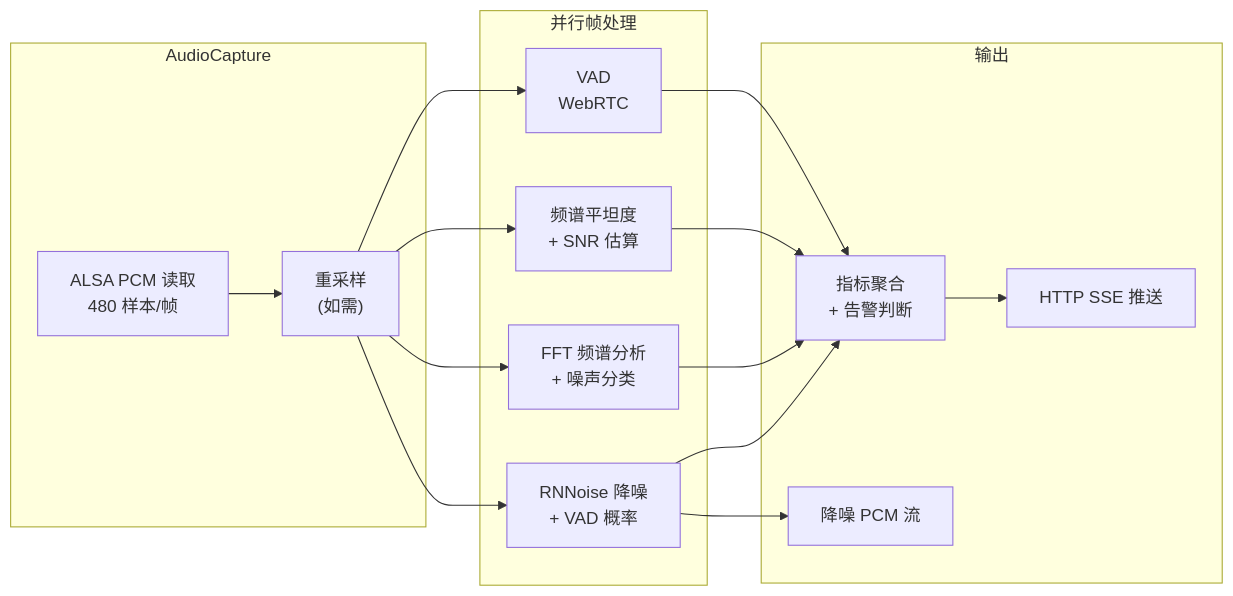
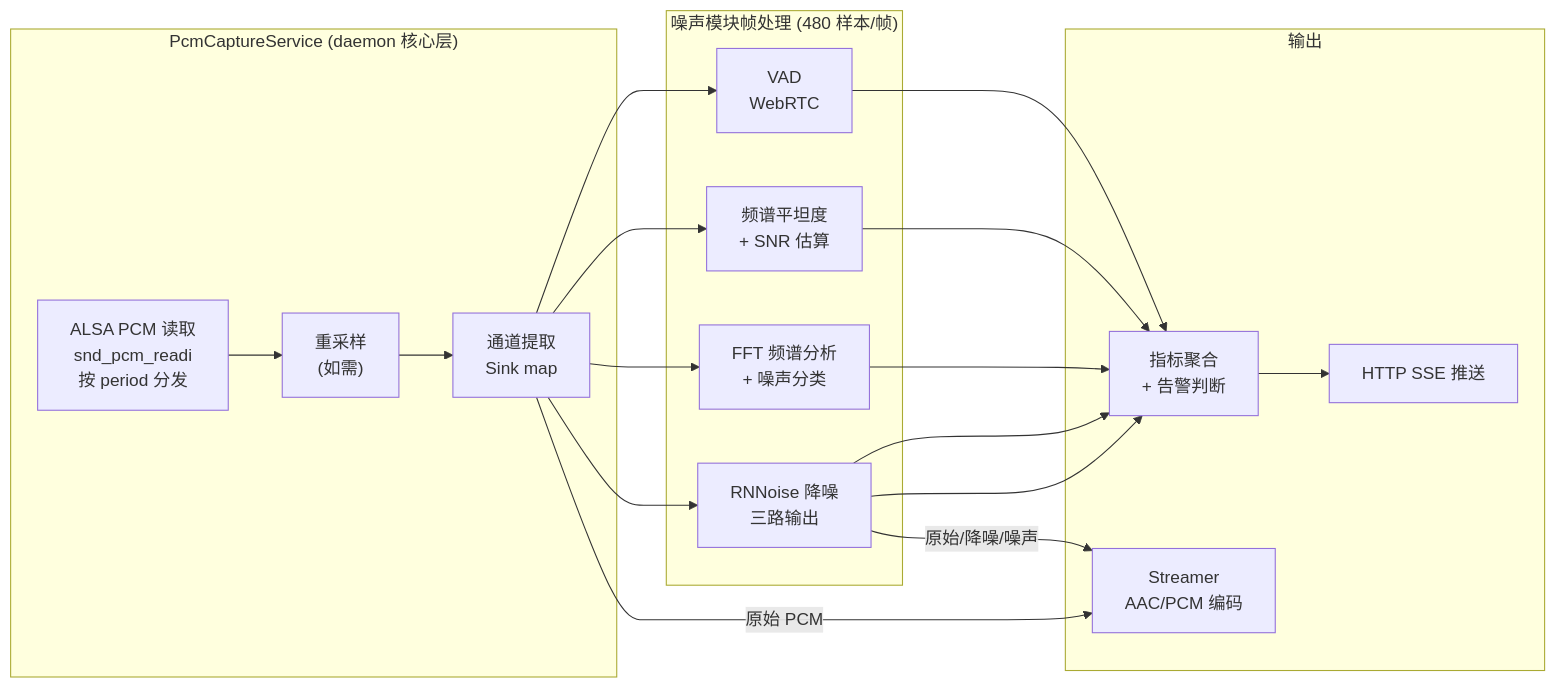
Before and after one commit to JunJunHub/aes67-linux-daemon: the fifth of 5 diagrams in docs/noise/architecture-design.md, drawn with Mermaid. The commit also changed other lines of this file, not shown here.

First line of the commit message:
docs(noise): 修正架构设计 — 统一 PCM 分发、PcmCaptureService、Streamer 重构、三路输出

````diff
--- a/docs/noise/architecture-design.md
+++ b/docs/noise/architecture-design.md
@@ -585,32 +812,35 @@
 ```mermaid
 flowchart LR
-    subgraph 截取["AudioCapture"]
-        ALSA_R["ALSA PCM 读取<br/>480 样本/帧"]
+    subgraph 截取["PcmCaptureService (daemon 核心层)"]
+        ALSA_R["ALSA PCM 读取<br/>snd_pcm_readi<br/>按 period 分发"]
         RESAMPLE["重采样<br/>(如需)"]
-        ALSA_R --> RESAMPLE
+        CH_EXTRACT["通道提取<br/>Sink map"]
+        ALSA_R --> RESAMPLE --> CH_EXTRACT
     end
 
-    subgraph 并行处理["并行帧处理"]
+    subgraph 并行处理["噪声模块帧处理 (480 样本/帧)"]
         VAD["VAD<br/>WebRTC"]
         SF["频谱平坦度<br/>+ SNR 估算"]
         FFT["FFT 频谱分析<br/>+ 噪声分类"]
-        RNN["RNNoise 降噪<br/>+ VAD 概率"]
+        RNN["RNNoise 降噪<br/>三路输出"]
     end
 
     subgraph 输出["输出"]
         METRICS["指标聚合<br/>+ 告警判断"]
         HTTP_SSE["HTTP SSE 推送"]
-        PCM_OUT["降噪 PCM 流"]
+        STR_OUT["Streamer<br/>AAC/PCM 编码"]
     end
 
-    RESAMPLE --> VAD
-    RESAMPLE --> SF
-    RESAMPLE --> FFT
-    RESAMPLE --> RNN
+    CH_EXTRACT --> VAD
+    CH_EXTRACT --> SF
+    CH_EXTRACT --> FFT
+    CH_EXTRACT --> RNN
     VAD --> METRICS
     SF --> METRICS
     FFT --> METRICS
     RNN --> METRICS
-    RNN --> PCM_OUT
+    RNN --> METRICS
+    RNN -->|原始/降噪/噪声| STR_OUT
+    CH_EXTRACT -->|原始 PCM| STR_OUT
     METRICS --> HTTP_SSE
 ```
````
